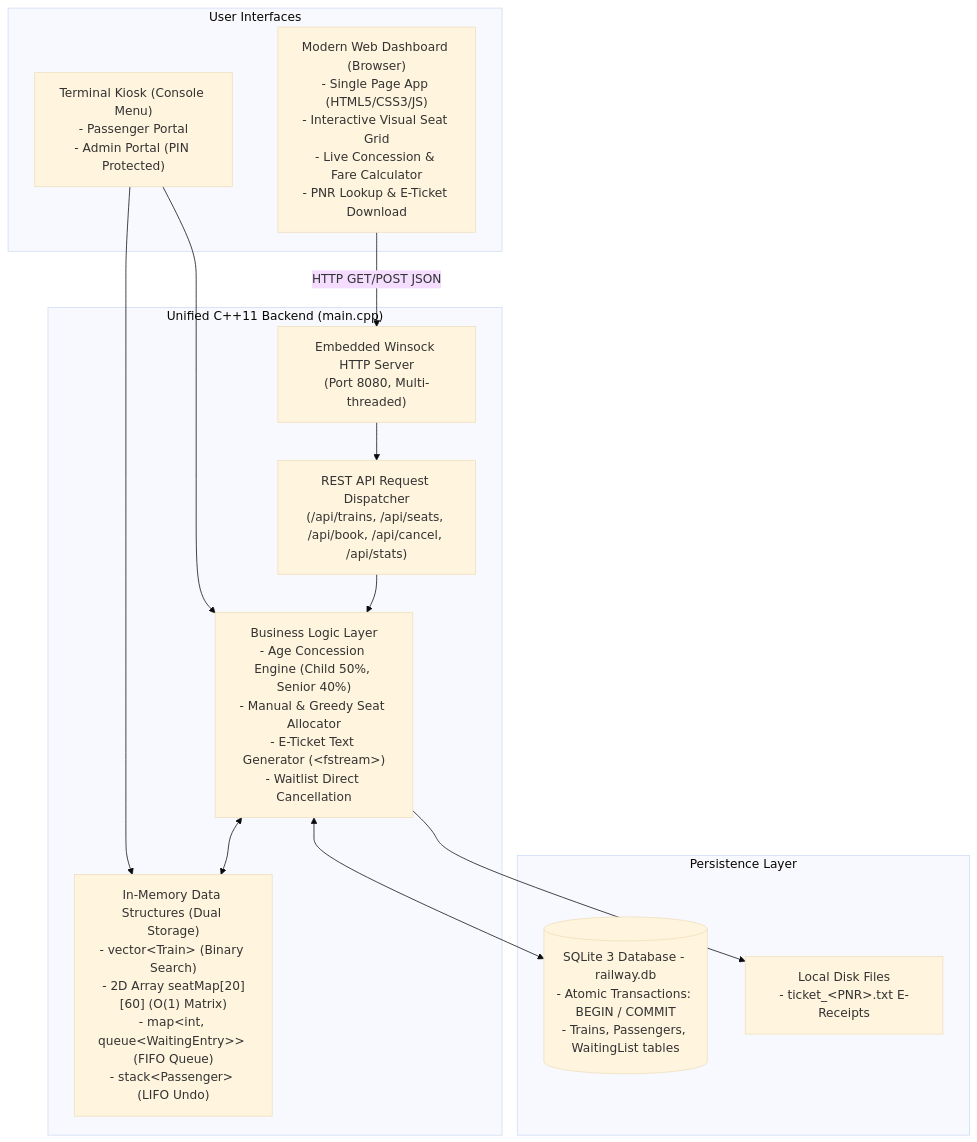
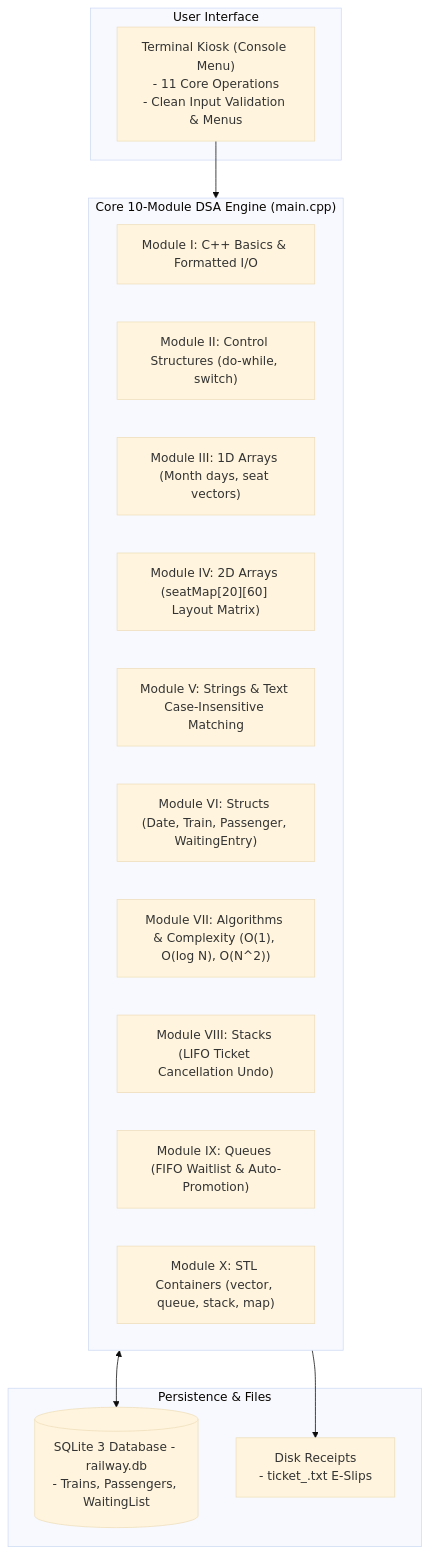
Before and after one commit to bharathwajverse/railway-ticket-reservation-cpp: the diagram in README.md, drawn with Mermaid (base theme). The commit also changed other lines of this file and 1 other file, not shown here.

Commit message:
docs: map system architecture to 10 syllabus modules and add v2.1.0 release notes

````diff
--- a/README.md
+++ b/README.md
@@ -42,28 +42,28 @@
 ```mermaid
 flowchart TD
-    subgraph ClientLayer["User Interfaces"]
-        CLI["Terminal Kiosk (Console Menu)<br/>- Passenger Portal<br/>- Admin Portal (PIN Protected)"]
-        Browser["Modern Web Dashboard (Browser)<br/>- Single Page App (HTML5/CSS3/JS)<br/>- Interactive Visual Seat Grid<br/>- Live Concession & Fare Calculator<br/>- PNR Lookup & E-Ticket Download"]
+    subgraph UI["User Interface"]
+        CLI["Terminal Kiosk (Console Menu)<br/>- 11 Core Operations<br/>- Clean Input Validation & Menus"]
     end
 
-    subgraph ServerLayer["Unified C++11 Backend (main.cpp)"]
-        HTTP["Embedded Winsock HTTP Server<br/>(Port 8080, Multi-threaded)"]
-        Router["REST API Request Dispatcher<br/>(/api/trains, /api/seats, /api/book, /api/cancel, /api/stats)"]
-        CoreDSA["In-Memory Data Structures (Dual Storage)<br/>- vector&lt;Train&gt; (Binary Search)<br/>- 2D Array seatMap[20][60] (O(1) Matrix)<br/>- map&lt;int, queue&lt;WaitingEntry&gt;&gt; (FIFO Queue)<br/>- stack&lt;Passenger&gt; (LIFO Undo)"]
-        Logic["Business Logic Layer<br/>- Age Concession Engine (Child 50%, Senior 40%)<br/>- Manual & Greedy Seat Allocator<br/>- E-Ticket Text Generator (&lt;fstream&gt;)<br/>- Waitlist Direct Cancellation"]
+    subgraph Core["Core 10-Module DSA Engine (main.cpp)"]
+        M1["Module I: C++ Basics & Formatted I/O"]
+        M2["Module II: Control Structures (do-while, switch)"]
+        M3["Module III: 1D Arrays (Month days, seat vectors)"]
+        M4["Module IV: 2D Arrays (seatMap[20][60] Layout Matrix)"]
+        M5["Module V: Strings & Text Case-Insensitive Matching"]
+        M6["Module VI: Structs (Date, Train, Passenger, WaitingEntry)"]
+        M7["Module VII: Algorithms & Complexity (O(1), O(log N), O(N^2))"]
+        M8["Module VIII: Stacks (LIFO Ticket Cancellation Undo)"]
+        M9["Module IX: Queues (FIFO Waitlist & Auto-Promotion)"]
+        M10["Module X: STL Containers (vector, queue, stack, map)"]
     end
 
-    subgraph StorageLayer["Persistence Layer"]
-        DB[(SQLite 3 Database - railway.db<br/>- Atomic Transactions: BEGIN / COMMIT<br/>- Trains, Passengers, WaitingList tables)]
-        Receipts["Local Disk Files<br/>- ticket_&lt;PNR&gt;.txt E-Receipts"]
+    subgraph Storage["Persistence & Files"]
+        DB[(SQLite 3 Database - railway.db<br/>- Trains, Passengers, WaitingList)]
+        Receipts["Disk Receipts<br/>- ticket_<PNR>.txt E-Slips"]
     end
 
-    CLI --> CoreDSA
-    CLI --> Logic
-    Browser -->|HTTP GET/POST JSON| HTTP
-    HTTP --> Router
-    Router --> Logic
-    Logic <--> CoreDSA
-    Logic <--> DB
-    Logic --> Receipts
+    CLI --> Core
+    Core <--> DB
+    Core --> Receipts
 ```
````
